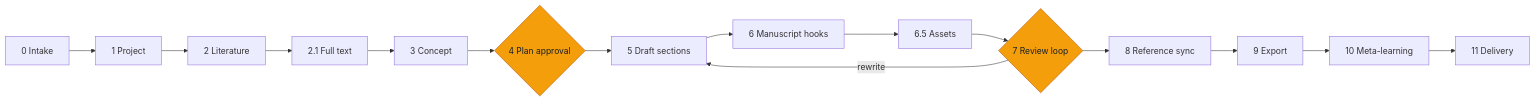
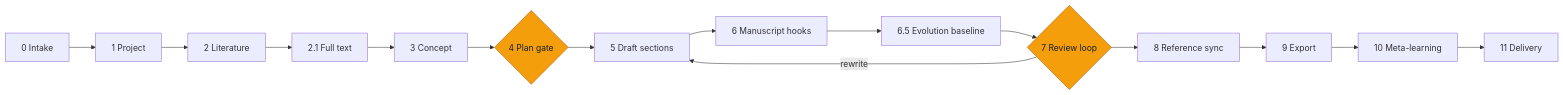
The first of 3 diagrams in docs/wiki/research-pipeline.md (u9401066/med-paper-assistant), drawn with Mermaid before and after one commit. The commit also changed other lines of this file and 36 other files, not shown here.

````diff
--- a/docs/wiki/research-pipeline.md
+++ b/docs/wiki/research-pipeline.md
@@ -7,20 +7,20 @@
 ```mermaid
 flowchart LR
     P0[0 Intake] --> P1[1 Project]
     P1 --> P2[2 Literature]
     P2 --> P21[2.1 Full text]
     P21 --> P3[3 Concept]
-    P3 --> P4{4 Plan approval}
+    P3 --> P4{4 Plan gate}
     P4 --> P5[5 Draft sections]
     P5 --> P6[6 Manuscript hooks]
-    P6 --> P65[6.5 Assets]
+    P6 --> P65[6.5 Evolution baseline]
     P65 --> P7{7 Review loop}
     P7 -->|rewrite| P5
     P7 --> P8[8 Reference sync]
     P8 --> P9[9 Export]
     P9 --> P10[10 Meta-learning]
     P10 --> P11[11 Delivery]
 
     classDef gate fill:#f59e0b,color:#17202a,stroke:#b45309
     class P4,P7 gate
 ```
````
